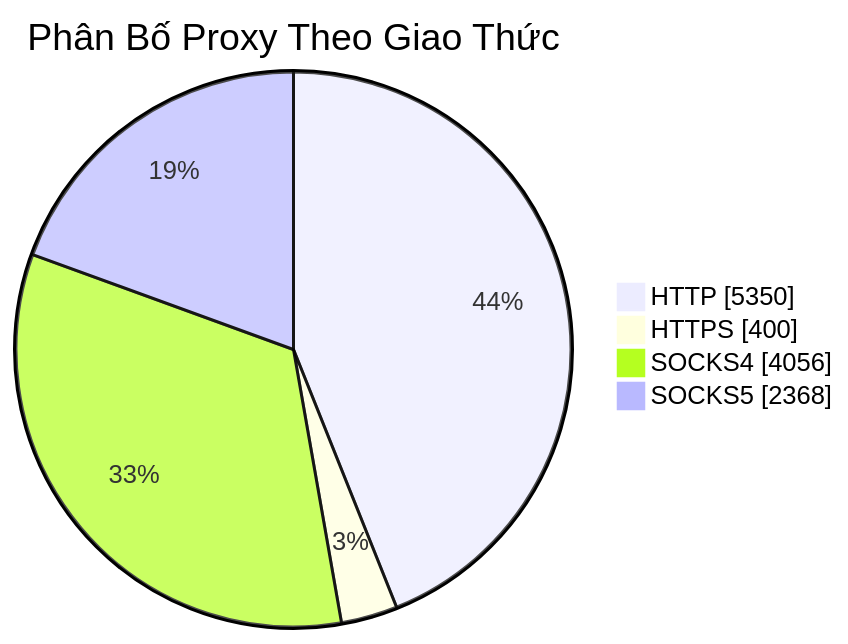
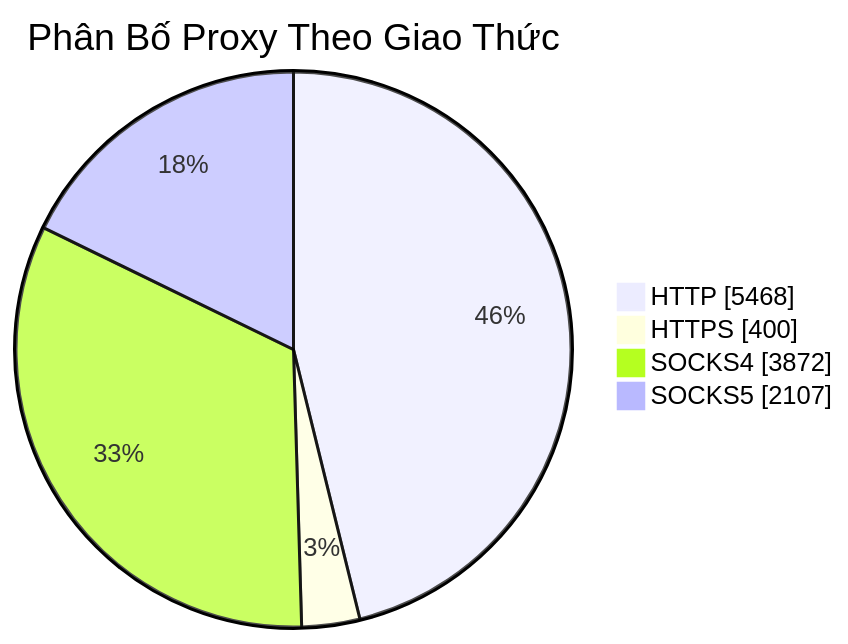
Before and after one commit to Ciara-Aa/PROXY-free: the diagram in README.md, drawn with Mermaid. The commit also changed other lines of this file and 4 other files, not shown here.

````diff
--- a/README.md
+++ b/README.md
@@ -26,7 +26,7 @@
 ```mermaid
 pie showData title Phân Bố Proxy Theo Giao Thức
-    "HTTP" : 5350
+    "HTTP" : 5468
     "HTTPS" : 400
-    "SOCKS4" : 4056
-    "SOCKS5" : 2368
+    "SOCKS4" : 3872
+    "SOCKS5" : 2107
 ```
````
